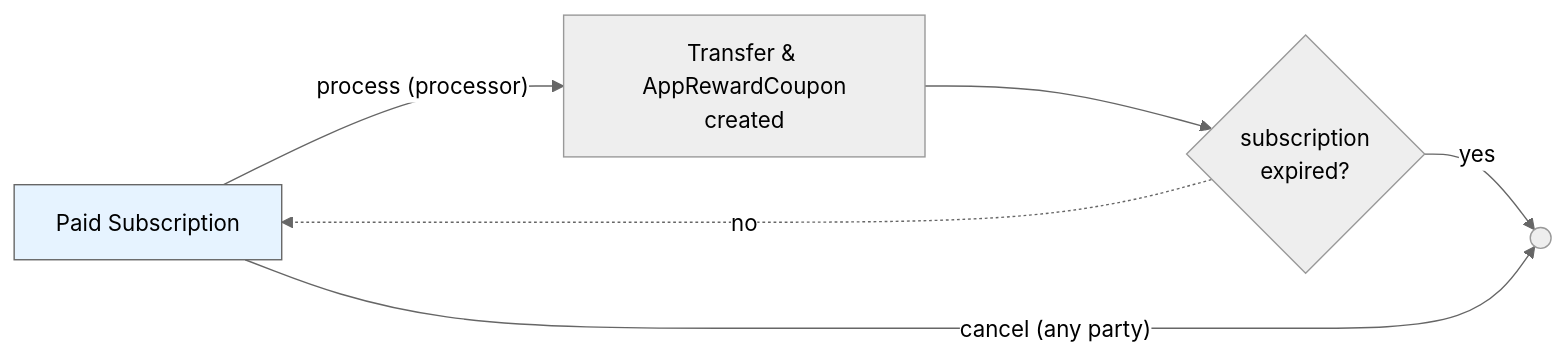
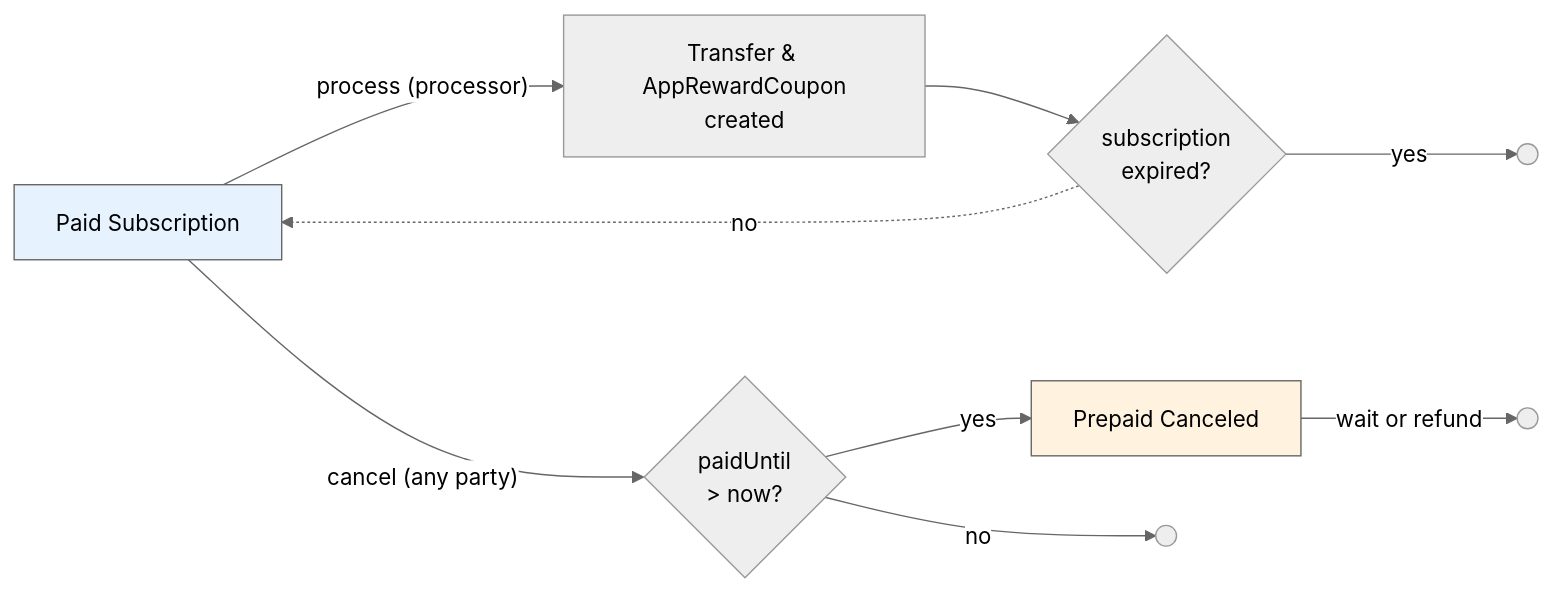
One commit to Fairmint/open-captable-protocol-daml changed the fourth of 4 diagrams in Subscriptions-v01/README.md. Above: the diagram before and after it, drawn with Mermaid (neutral theme). The commit also changed other lines of this file and 5 other files, not shown here.

````diff
--- a/Subscriptions-v01/README.md
+++ b/Subscriptions-v01/README.md
@@ -150,14 +173,17 @@
 ```mermaid
 flowchart LR
     PS[Paid Subscription]
     PS -->|"process (processor)"| Marker[Transfer & AppRewardCoupon<br/>created]
-    Marker --> Choice{subscription<br/>expired?}
-    Choice -.->|no| PS
-    Choice -->|yes| End(( ))
-    PS -->|"cancel (any party)"| End(( ))
+    Marker --> Choice1{subscription<br/>expired?}
+    Choice1 -.->|no| PS
+    Choice1 -->|yes| End1(( ))
+    PS -->|"cancel (any party)"| Choice2{paidUntil<br/>> now?}
+    Choice2 -->|yes| PC[Prepaid Canceled]
+    Choice2 -->|no| End2(( ))
+    PC -->|"wait or refund"| End3(( ))
     
     classDef active fill:#e6f3ff,stroke:#666
-    classDef ended fill:#f5f5f5,stroke:#999
-    class PS,FT active
-    class PC ended
+    classDef canceled fill:#fff3e0,stroke:#666
+    class PS active
+    class PC canceled
 ```
````
